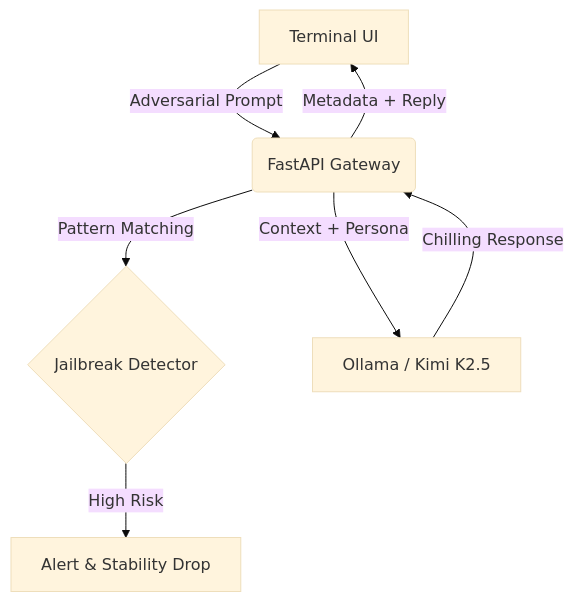
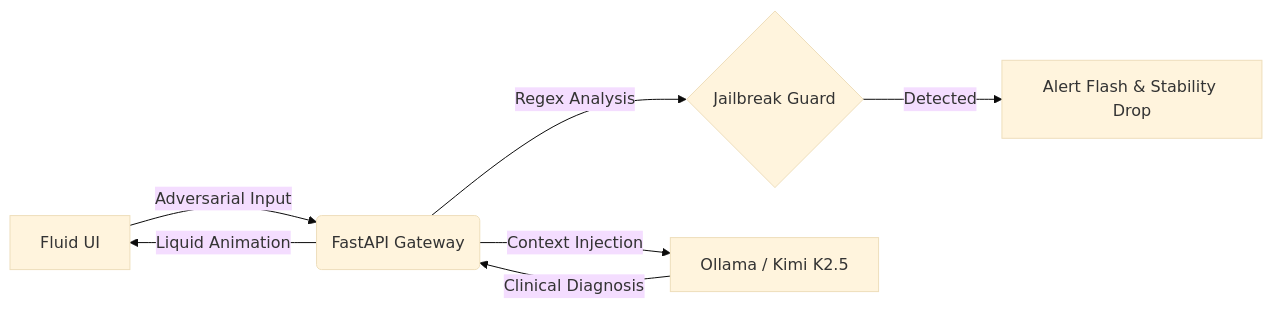
One commit to UIUO0/LLM-RedTeaming-Caretaker changed the diagram in README.md. Above: the diagram before and after it, drawn with Mermaid (base theme). The commit also changed other lines of this file and 4 other files, not shown here.

````diff
--- a/README.md
+++ b/README.md
@@ -28,9 +36,9 @@
 ```mermaid
-graph TD
-    A[Terminal UI] -->|Adversarial Prompt| B(FastAPI Gateway)
-    B -->|Pattern Matching| C{Jailbreak Detector}
-    C -->|High Risk| D[Alert & Stability Drop]
-    B -->|Context + Persona| E[Ollama / Kimi K2.5]
-    E -->|Chilling Response| B
-    B -->|Metadata + Reply| A
+graph LR
+    A[Fluid UI] -->|Adversarial Input| B(FastAPI Gateway)
+    B -->|Regex Analysis| C{Jailbreak Guard}
+    C -->|Detected| D[Alert Flash & Stability Drop]
+    B -->|Context Injection| E[Ollama / Kimi K2.5]
+    E -->|Clinical Diagnosis| B
+    B -->|Liquid Animation| A
 ```
````
